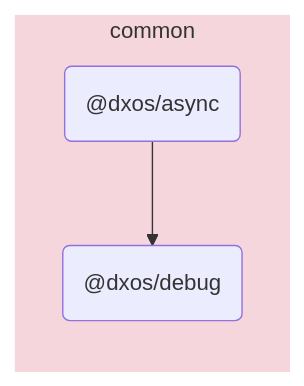
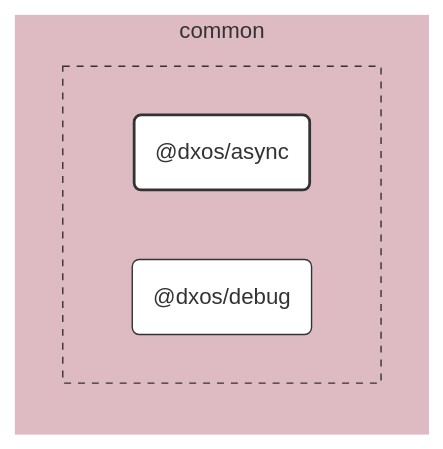
Before and after one commit to dxos/dxos: the diagram in packages/common/async/docs/README.md, drawn with Mermaid. The commit also changed other lines of this file and 109 other files, not shown here.

````diff
--- a/packages/common/async/docs/README.md
+++ b/packages/common/async/docs/README.md
@@ -5,11 +7,33 @@
 ```mermaid
-flowchart LR;
+%%{ init: {'flowchart':{'curve':'basis'}} }%%
 
+flowchart LR
+
+%% Links
+
+%% Sections
 subgraph common
-  style common fill:#f5d6dd,stroke:#fff;
-  dxos/async("@dxos/async");
-  dxos/debug("@dxos/debug");
+  style common fill:#debac2,stroke:#fff;
+
+
+  subgraph common-excluded [ ]
+    style common-excluded fill:#debac2,stroke:#333,stroke-dasharray:5 5;
+
+    dxos/async("@dxos/async")
+    dxos/debug("@dxos/debug")
+  end
 end
 
-dxos/async --> dxos/debug;
+
+%% Hyperlinks
+click dxos/debug href "https:/github.com/dxos/dxos/tree/main/packages/common/debug/docs";
+
+%% Styles
+classDef rootNode fill:#fff,stroke:#333,stroke-width:2px
+classDef defaultNode fill:#fff,stroke:#333,stroke-width:1px
+linkStyle default stroke:#333,stroke-width:1px
+
+dxos/async:::rootNode
+
+dxos/debug:::defaultNode
 ```
````
